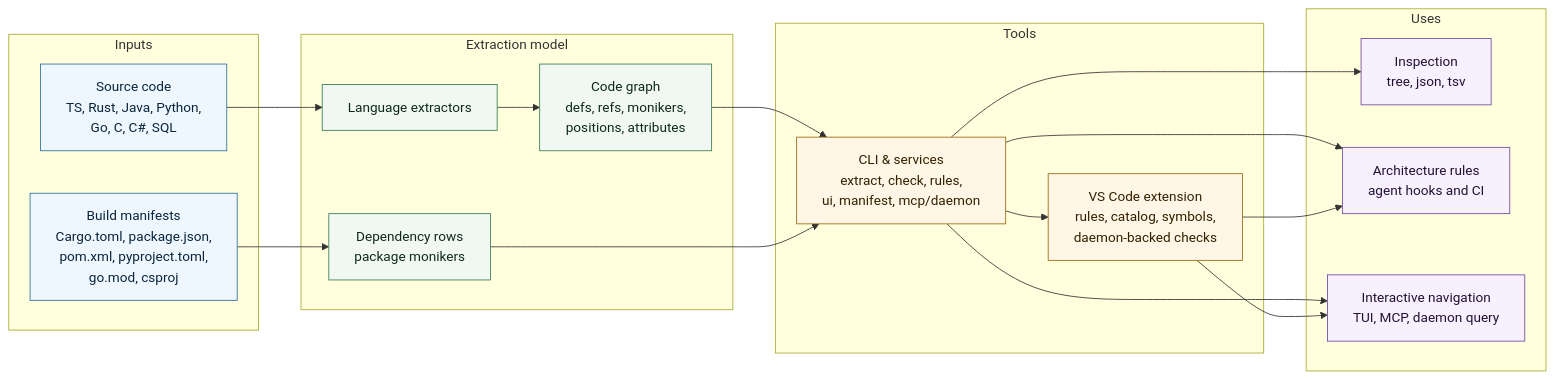
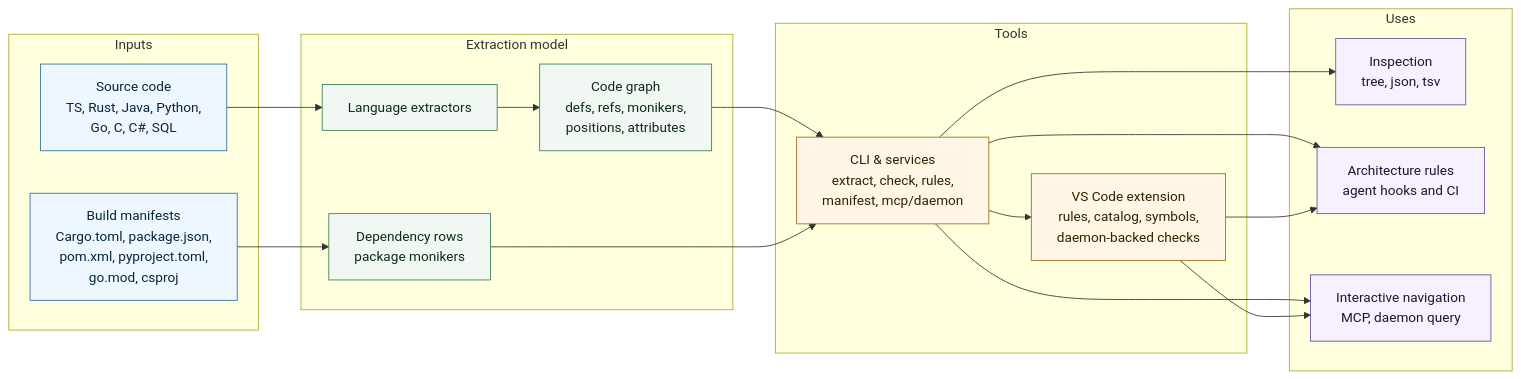
Before and after one commit to ng-galien/code-moniker: the diagram in README.md, drawn with Mermaid. The commit also changed other lines of this file and 87 other files, not shown here.

````diff
--- a/README.md
+++ b/README.md
@@ -40,44 +40,44 @@
 ```mermaid
 flowchart LR
   subgraph Input["Inputs"]
     S["Source code<br/>TS, Rust, Java, Python,<br/>Go, C, C#, SQL"]
     M["Build manifests<br/>Cargo.toml, package.json,<br/>pom.xml, pyproject.toml,<br/>go.mod, csproj"]
   end
 
   subgraph Model["Extraction model"]
     E["Language extractors"]
     G["Code graph<br/>defs, refs, monikers,<br/>positions, attributes"]
     D["Dependency rows<br/>package monikers"]
   end
 
   subgraph Tools["Tools"]
-    C["CLI & services<br/>extract, check, rules,<br/>ui, manifest, mcp/daemon"]
+    C["CLI & services<br/>extract, check, rules,<br/>manifest, mcp/daemon"]
     V["VS Code extension<br/>rules, catalog, symbols,<br/>daemon-backed checks"]
   end
 
   subgraph Uses["Uses"]
     I["Inspection<br/>tree, json, tsv"]
     R["Architecture rules<br/>agent hooks and CI"]
-    N["Interactive navigation<br/>TUI, MCP, daemon query"]
+    N["Interactive navigation<br/>MCP, daemon query"]
   end
 
   S --> E --> G
   M --> D
   G --> C
   D --> C
   C --> V
   C --> I
   C --> R
   C --> N
   V --> R
   V --> N
 
   classDef input fill:#eef6ff,stroke:#2f6f9f,color:#0b253a
   classDef model fill:#f1f8f4,stroke:#3a7d4f,color:#0f2a18
   classDef tool fill:#fff6e5,stroke:#9a6b12,color:#332100
   classDef use fill:#f7f1ff,stroke:#6f4aa1,color:#211232
   class S,M input
   class E,G,D model
   class C,V tool
   class I,R,N use
 ```
````
